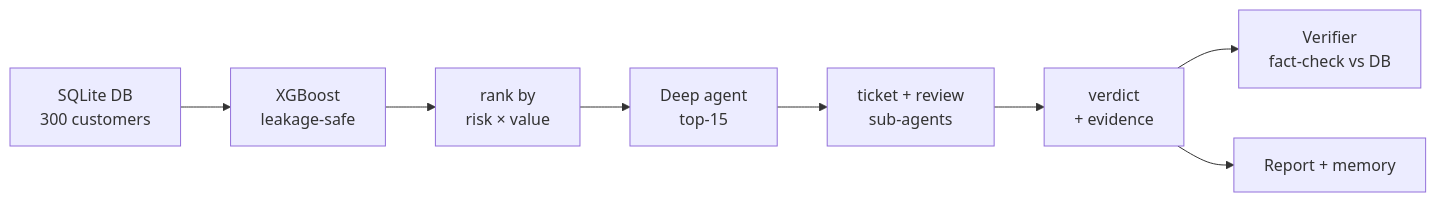
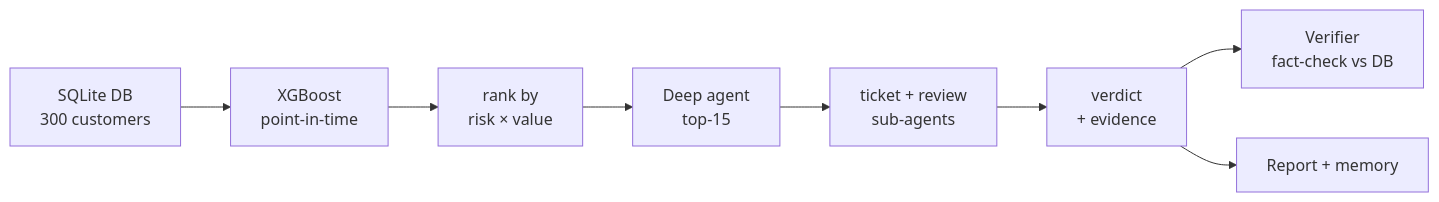
One commit to Khatalahmed/customer_churn_alert_agent changed the diagram in README.md. Above: the diagram before and after it, drawn with Mermaid. The commit also changed other lines of this file and 17 other files, not shown here.

````diff
--- a/README.md
+++ b/README.md
@@ -59,10 +59,10 @@
 ```mermaid
 flowchart LR
-    A[SQLite DB<br/>300 customers] --> B[XGBoost<br/>leakage-safe]
+    A[SQLite DB<br/>300 customers] --> B[XGBoost<br/>point-in-time]
     B --> C[rank by<br/>risk × value]
     C --> D[Deep agent<br/>top-15]
     D --> E[ticket + review<br/>sub-agents]
     E --> F[verdict<br/>+ evidence]
     F --> G[Verifier<br/>fact-check vs DB]
     F --> H[Report + memory]
 ```
````
